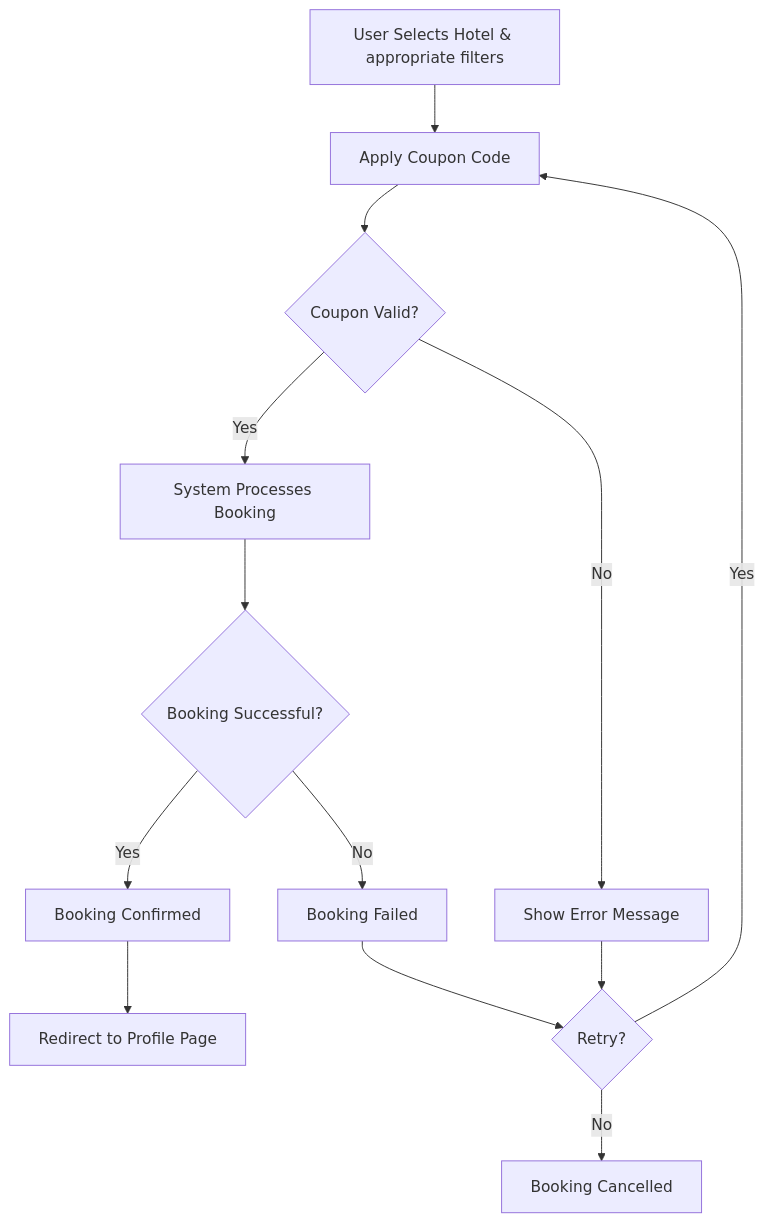
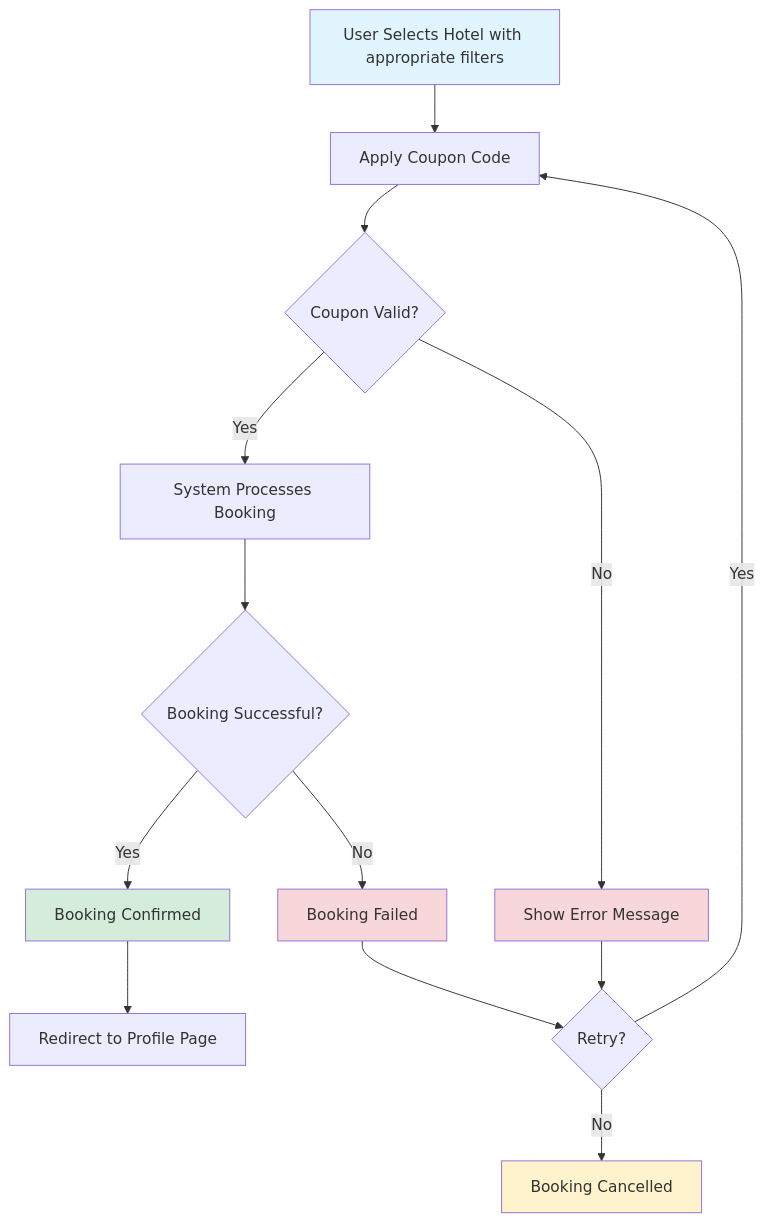
Before and after one commit to Khush-GKMIT/Hotel-Management-System-Docs: the fifth of 5 diagrams in docs/business-cases.md, drawn with Mermaid. The commit also changed other lines of this file and 16 other files, not shown here.

Commit message:
docs: added data modeling diagram

````diff
--- a/docs/business-cases.md
+++ b/docs/business-cases.md
@@ -97,15 +154,21 @@
 ```mermaid
 flowchart TD
-    Start[User Selects Hotel & appropriate filters] --> Coupon[Apply Coupon Code]
+    Start[User Selects Hotel with appropriate filters] --> Coupon[Apply Coupon Code]
     Coupon --> Validate{Coupon Valid?}
     Validate -->|Yes| Process[System Processes Booking]
     Validate -->|No| Error[Show Error Message]
     Error --> Retry{Retry?}
     Retry -->|Yes| Coupon
     Retry -->|No| Cancel[Booking Cancelled]
     Process --> Confirm{Booking Successful?}
     Confirm -->|Yes| Success[Booking Confirmed]
     Confirm -->|No| Failed[Booking Failed]
     Success --> Profile[Redirect to Profile Page]
     Failed --> Retry
+    
+    style Start fill:#e1f5ff
+    style Success fill:#d4edda
+    style Error fill:#f8d7da
+    style Failed fill:#f8d7da
+    style Cancel fill:#fff3cd
 ```
````
